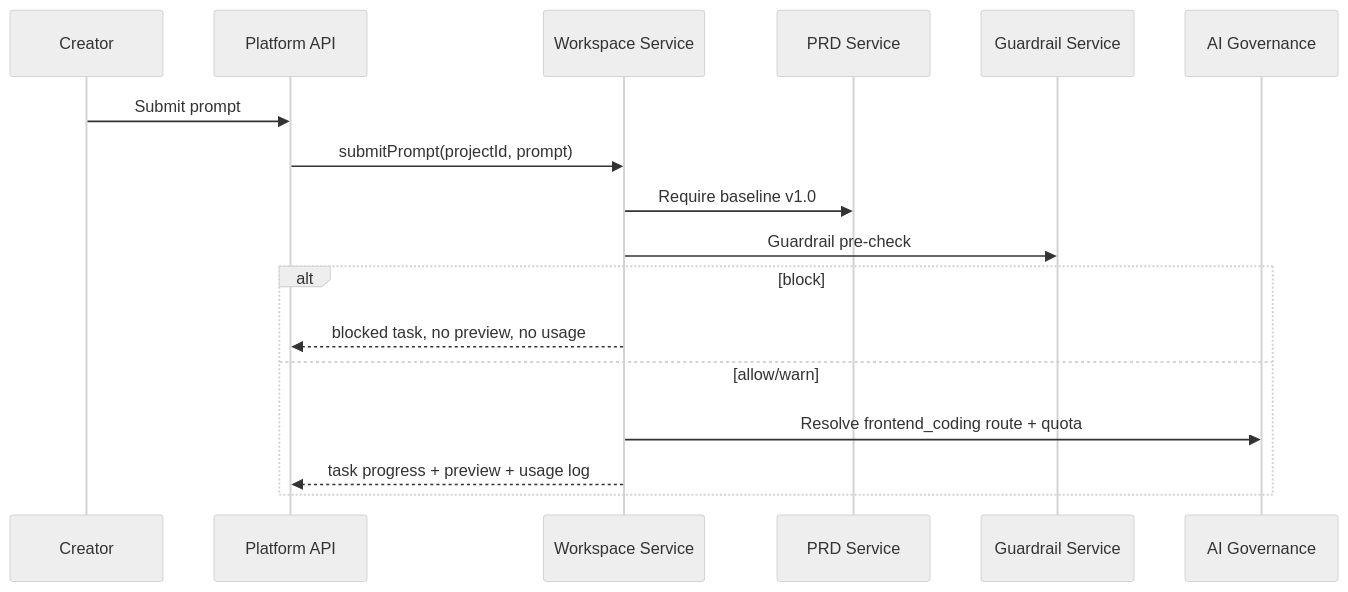
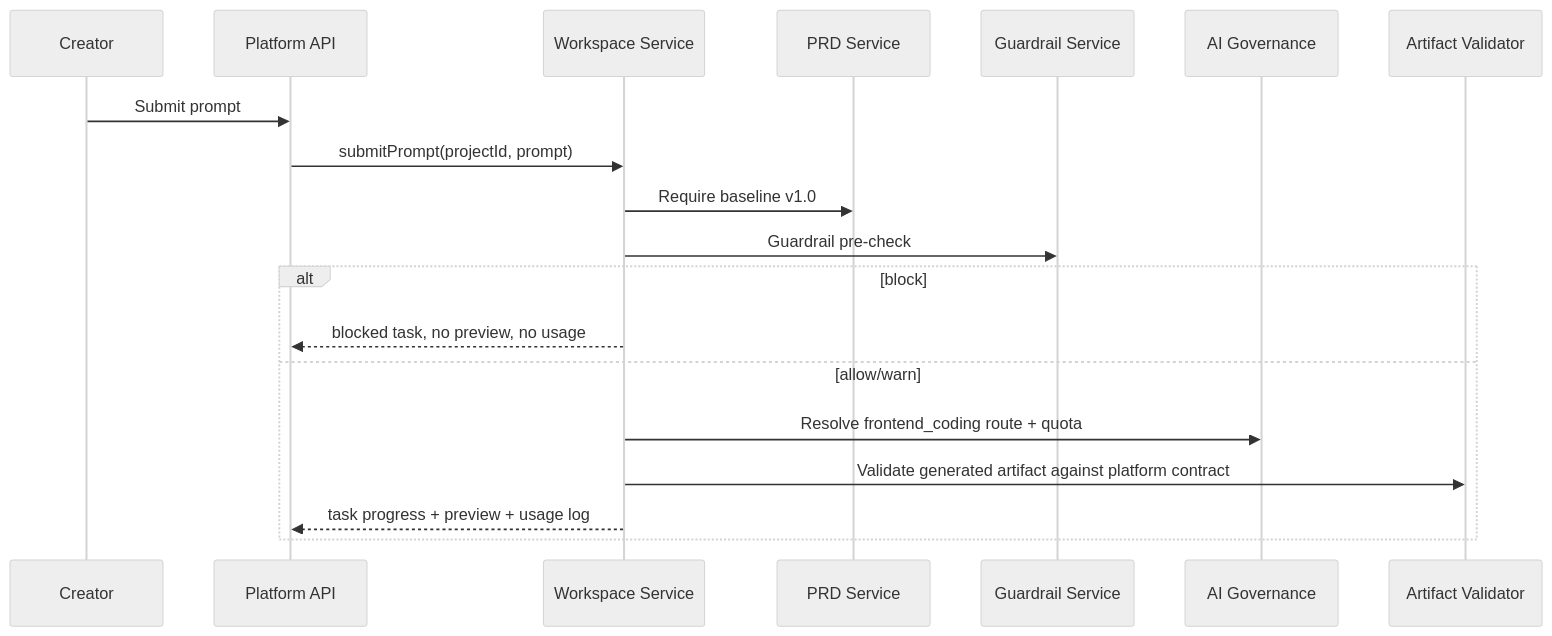
The diagram in docs/architecture/ADR-007-workspace-task-preview-usage-records.md (horizonxlabs/horizon), drawn with Mermaid (neutral theme) before and after one commit. The commit also changed other lines of this file and 58 other files, not shown here.

````diff
--- a/docs/architecture/ADR-007-workspace-task-preview-usage-records.md
+++ b/docs/architecture/ADR-007-workspace-task-preview-usage-records.md
@@ -22,19 +31,21 @@
 ```mermaid
 sequenceDiagram
     participant C as Creator
     participant API as Platform API
     participant W as Workspace Service
     participant PRD as PRD Service
     participant GR as Guardrail Service
     participant GOV as AI Governance
+    participant VAL as Artifact Validator
     C->>API: Submit prompt
     API->>W: submitPrompt(projectId, prompt)
     W->>PRD: Require baseline v1.0
     W->>GR: Guardrail pre-check
     alt block
         W-->>API: blocked task, no preview, no usage
     else allow/warn
         W->>GOV: Resolve frontend_coding route + quota
+        W->>VAL: Validate generated artifact against platform contract
         W-->>API: task progress + preview + usage log
     end
 ```
````
